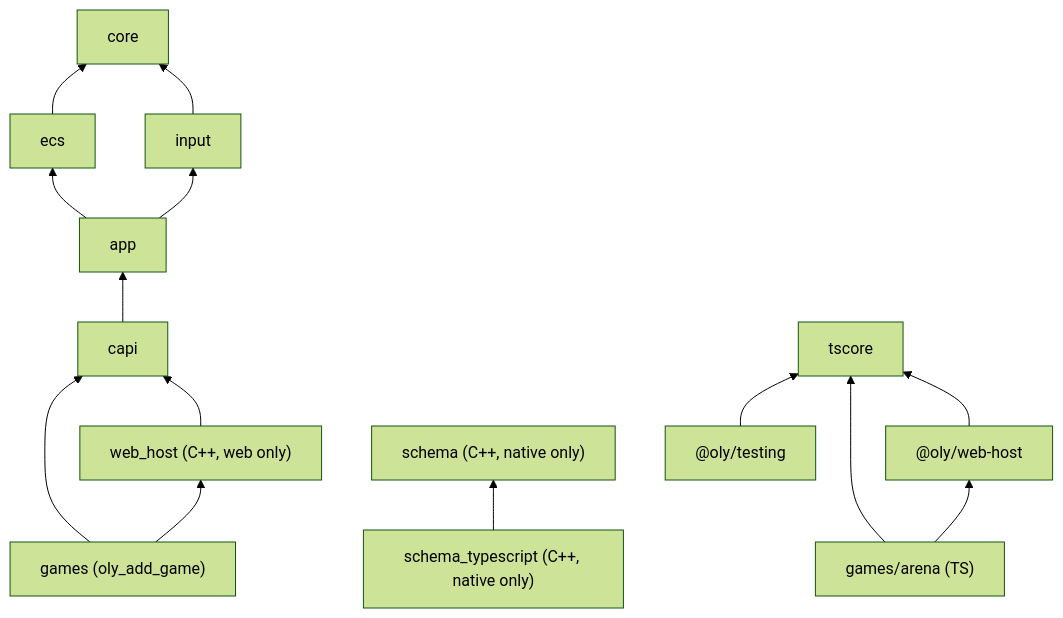
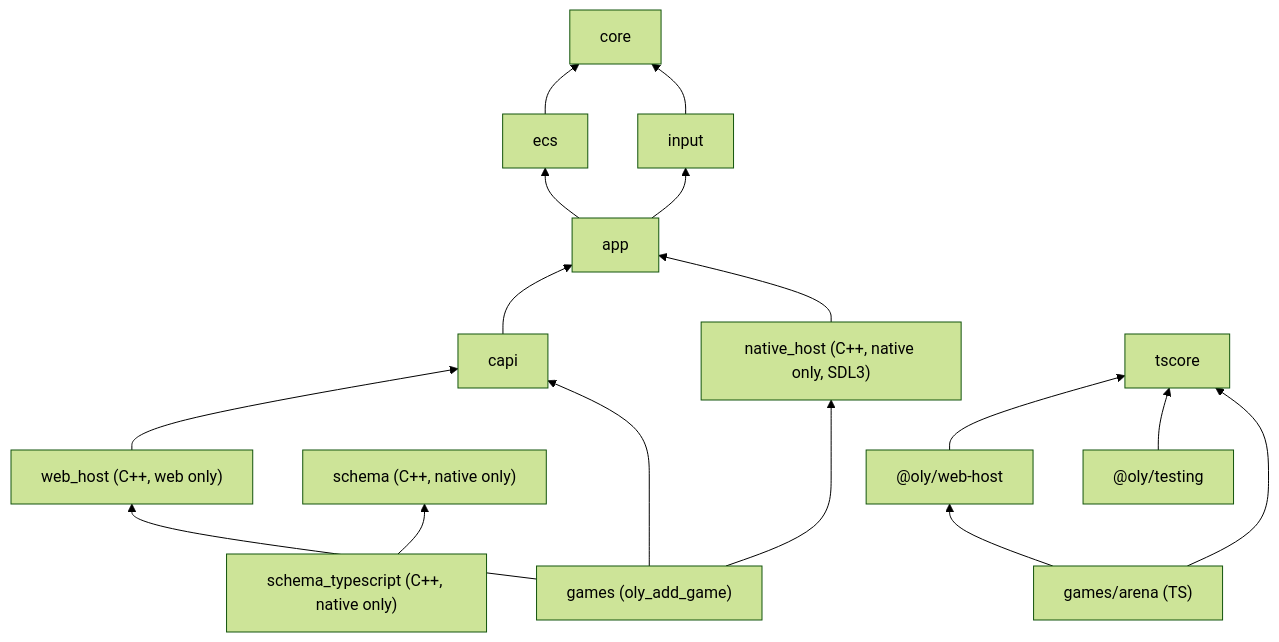
Before and after one commit to esliph/oly: the diagram in docs/architecture/modules-and-boundaries.md, drawn with Mermaid (forest theme). The commit also changed other lines of this file and 14 other files, not shown here.

Commit message:
docs: describe the native environment, the desktop host and the C headers

````diff
--- a/docs/architecture/modules-and-boundaries.md
+++ b/docs/architecture/modules-and-boundaries.md
@@ -5,16 +5,18 @@
 ```mermaid
 graph BT
   ecs --> core
   input --> core
   app --> ecs
   app --> input
   capi --> app
   webHost_native["web_host (C++, web only)"] --> capi
+  nativeHost["native_host (C++, native only, SDL3)"] --> app
   games["games (oly_add_game)"] --> capi
   games --> webHost_native
+  games --> nativeHost
   schema_typescript["schema_typescript (C++, native only)"] --> schema["schema (C++, native only)"]
   webHost["@oly/web-host"] --> tscore
   testing["@oly/testing"] --> tscore
   arena["games/arena (TS)"] --> tscore
   arena --> webHost
 ```
````
